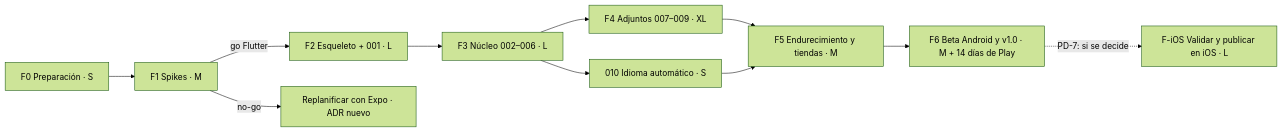
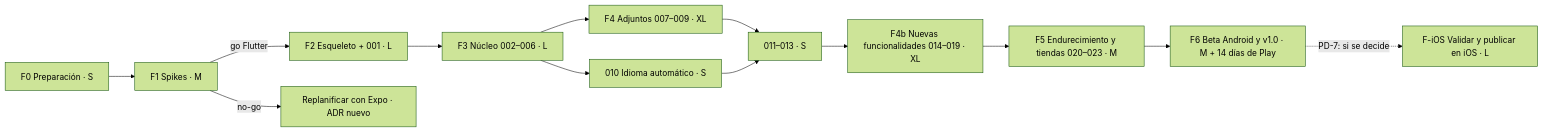
One commit to svallev/una changed the diagram in docs/PLAN.md. Above: the diagram before and after it, drawn with Mermaid (forest theme). The commit also changed other lines of this file and 16 other files, not shown here.

````diff
--- a/docs/PLAN.md
+++ b/docs/PLAN.md
@@ -39,13 +50,15 @@
 ```mermaid
 flowchart LR
   F0[F0 Preparación · S] --> F1[F1 Spikes · M]
   F1 -->|go Flutter| F2[F2 Esqueleto + 001 · L]
   F1 -->|no-go| ALT[Replanificar con Expo · ADR nuevo]
   F2 --> F3[F3 Núcleo 002–006 · L]
   F3 --> F4[F4 Adjuntos 007–009 · XL]
   F3 --> F5a[010 Idioma automático · S]
-  F4 --> F5[F5 Endurecimiento y tiendas · M]
-  F5a --> F5
+  F4 --> F4x[011–013 · S]
+  F5a --> F4x
+  F4x --> F4b[F4b Nuevas funcionalidades 014–019 · XL]
+  F4b --> F5[F5 Endurecimiento y tiendas 020–023 · M]
   F5 --> F6[F6 Beta Android y v1.0 · M + 14 días de Play]
   F6 -.->|PD-7: si se decide| FI[F-iOS Validar y publicar en iOS · L]
 ```
````
